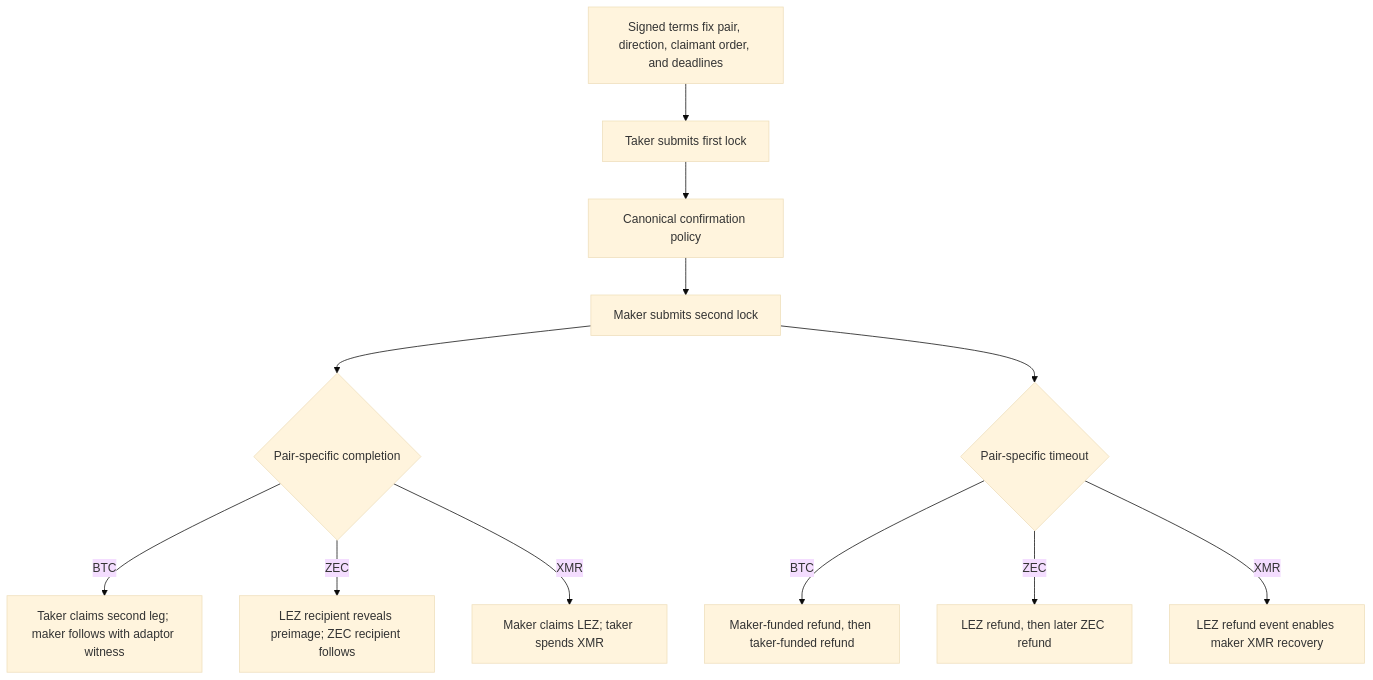
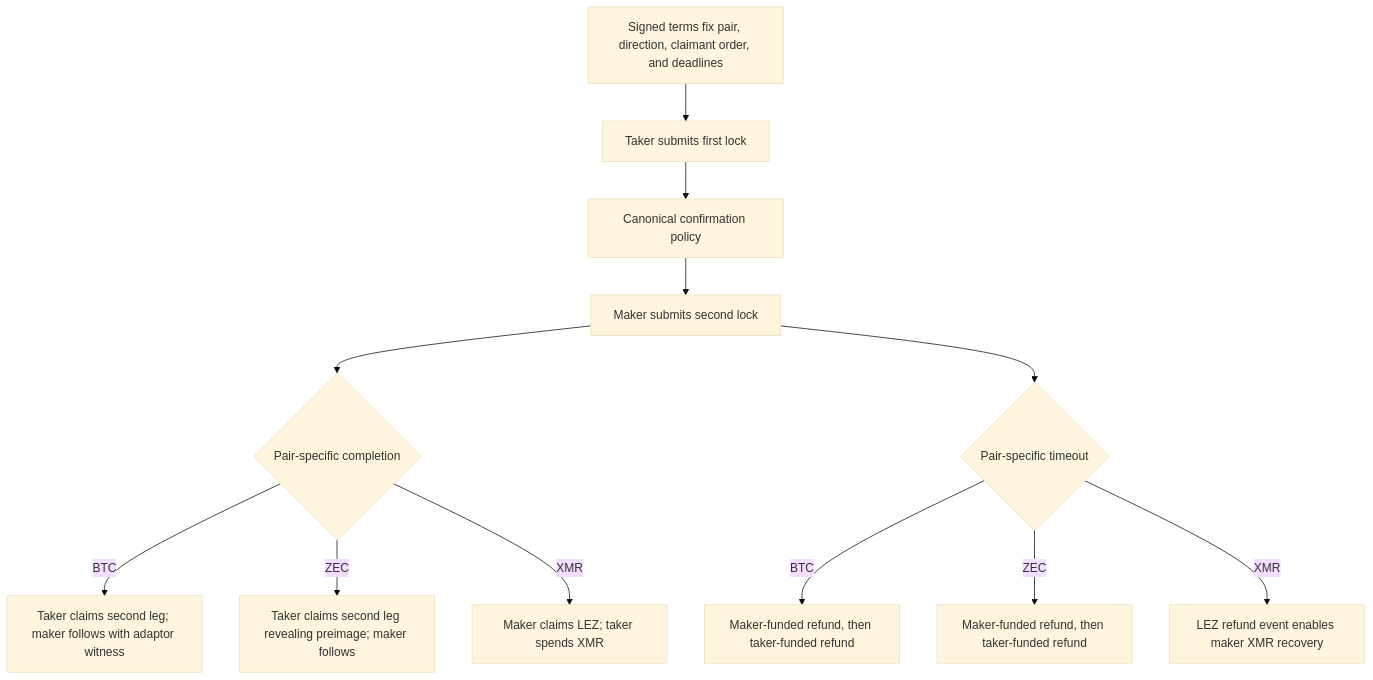
Before and after one commit to gateway-fm/lez-atomic-swaps: the diagram in docs/milestone-1/protocol-design.md, drawn with Mermaid (base theme). The commit also changed other lines of this file and 14 other files, not shown here.

Commit message:
docs: ADR 0216, ZEC follows the common flow; deviation from RFP-003 F4 in TakerSellsLez

````diff
--- a/docs/milestone-1/protocol-design.md
+++ b/docs/milestone-1/protocol-design.md
@@ -12,14 +12,14 @@
 ```mermaid
 flowchart TB
     Terms["Signed terms fix pair, direction, claimant order, and deadlines"] --> TakerLock["Taker submits first lock"]
     TakerLock --> Confirm["Canonical confirmation policy"]
     Confirm --> MakerLock["Maker submits second lock"]
     MakerLock --> Construction{"Pair-specific completion"}
     Construction -->|BTC| BTC["Taker claims second leg; maker follows with adaptor witness"]
-    Construction -->|ZEC| ZEC["LEZ recipient reveals preimage; ZEC recipient follows"]
+    Construction -->|ZEC| ZEC["Taker claims second leg revealing preimage; maker follows"]
     Construction -->|XMR| XMR["Maker claims LEZ; taker spends XMR"]
     MakerLock --> Recovery{"Pair-specific timeout"}
     Recovery -->|BTC| BR["Maker-funded refund, then taker-funded refund"]
-    Recovery -->|ZEC| ZR["LEZ refund, then later ZEC refund"]
+    Recovery -->|ZEC| ZR["Maker-funded refund, then taker-funded refund"]
     Recovery -->|XMR| XR["LEZ refund event enables maker XMR recovery"]
 ```
````
